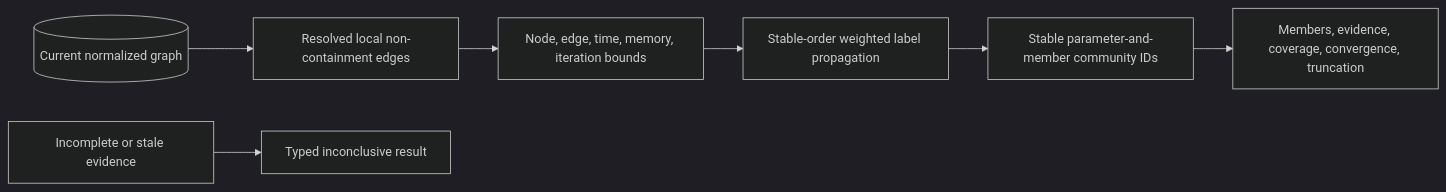
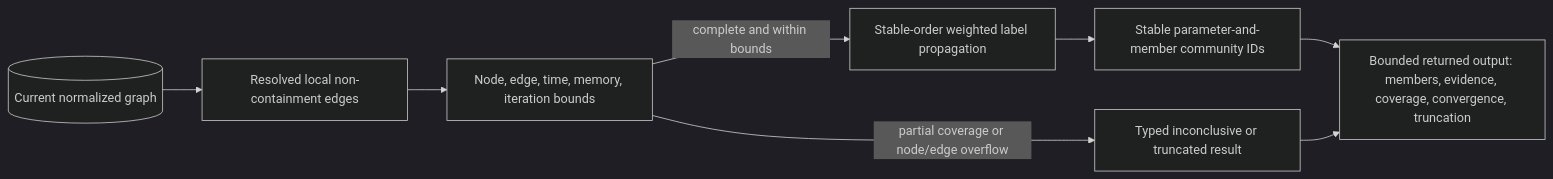
One commit to styler-ai/ProjectAtlas changed the ninth of 25 diagrams in docs/v050-release-architecture.md. Above: the diagram before and after it, drawn with Mermaid (dark theme). The commit also changed 2 other files, not shown here.

Commit message:
fix(analysis): complete architecture community proof (#464)

````diff
--- a/docs/v050-release-architecture.md
+++ b/docs/v050-release-architecture.md
@@ -128,9 +128,10 @@
 ```mermaid
 flowchart LR
     normalized_graph[(Current normalized graph)] --> admit[Resolved local non-containment edges]
     admit --> bound[Node, edge, time, memory, iteration bounds]
-    bound --> labels[Stable-order weighted label propagation]
+    bound -->|complete and within bounds| labels[Stable-order weighted label propagation]
+    bound -->|partial coverage or node/edge overflow| uncertain[Typed inconclusive or truncated result]
     labels --> ids[Stable parameter-and-member community IDs]
-    ids --> result[Members, evidence, coverage, convergence, truncation]
-    gap[Incomplete or stale evidence] --> unresolved[Typed inconclusive result]
+    ids --> result[Bounded returned output: members, evidence, coverage, convergence, truncation]
+    uncertain --> result
 ```
````
